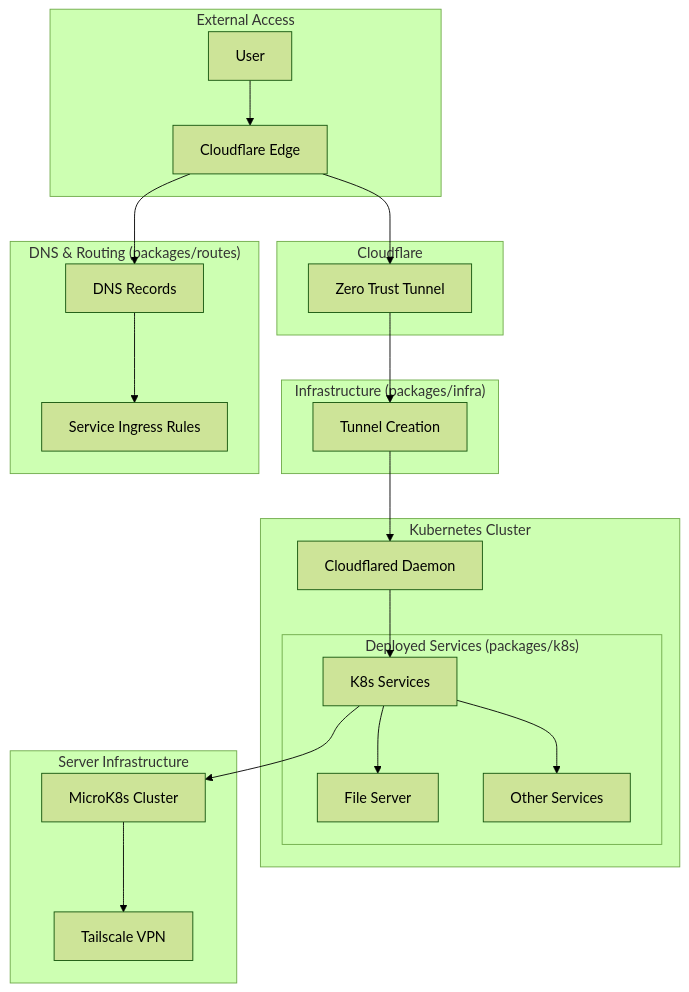
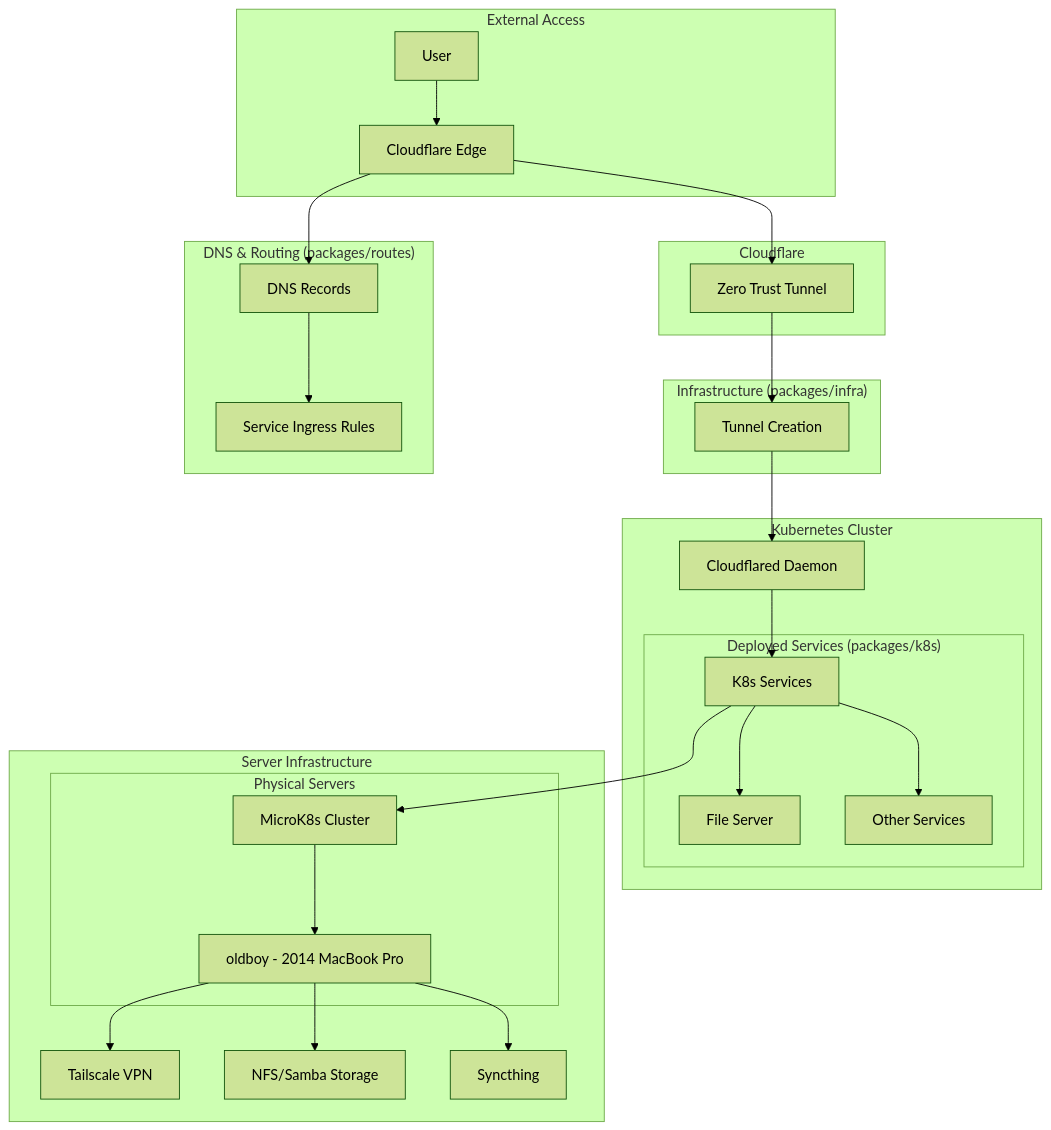
Before and after one commit to radiosilence/jaritanet: the diagram in README.md, drawn with Mermaid (forest theme).

Commit message:
Add architecture overview and Mermaid diagram to README
- Explains three-package deployment structure (infra/k8s/routes)
- Shows traffic flow from external users through Cloudflare tunnels to K8s services
- Documents server infrastructure including oldboy server details
- Adds development commands for type checking and schema generation

🤖 Generated with [Claude Code](https://claude.ai/code)

````diff
--- a/README.md
+++ b/README.md
@@ -13,34 +13,41 @@
 ```mermaid
 graph TB
     subgraph "External Access"
         User[User] --> CF[Cloudflare Edge]
     end
     
     subgraph "Cloudflare"
         CF --> Tunnel[Zero Trust Tunnel]
     end
     
     subgraph "Infrastructure (packages/infra)"
         Tunnel --> TunnelConfig[Tunnel Creation]
     end
     
     subgraph "Kubernetes Cluster"
         TunnelConfig --> Cloudflared[Cloudflared Daemon]
         Cloudflared --> Services[K8s Services]
         
         subgraph "Deployed Services (packages/k8s)"
             Services --> FileServer[File Server]
             Services --> OtherSvcs[Other Services]
         end
     end
     
     subgraph "DNS & Routing (packages/routes)"
         CF --> DNS[DNS Records]
         DNS --> Ingress[Service Ingress Rules]
     end
     
     subgraph "Server Infrastructure"
         Services --> MicroK8s[MicroK8s Cluster]
-        MicroK8s --> Tailscale[Tailscale VPN]
+        
+        subgraph "Physical Servers"
+            MicroK8s --> Oldboy[oldboy - 2014 MacBook Pro]
+        end
+        
+        Oldboy --> Tailscale[Tailscale VPN]
+        Oldboy --> Storage[NFS/Samba Storage]
+        Oldboy --> Sync[Syncthing]
     end
 ```
````
